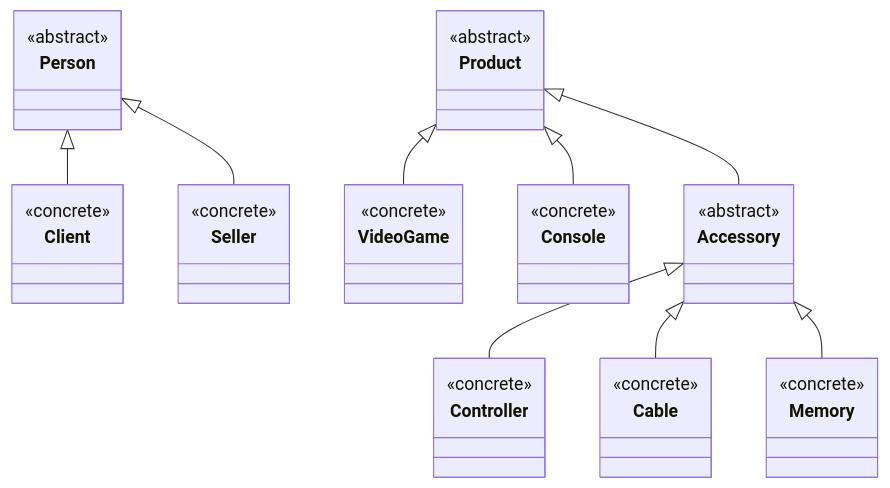
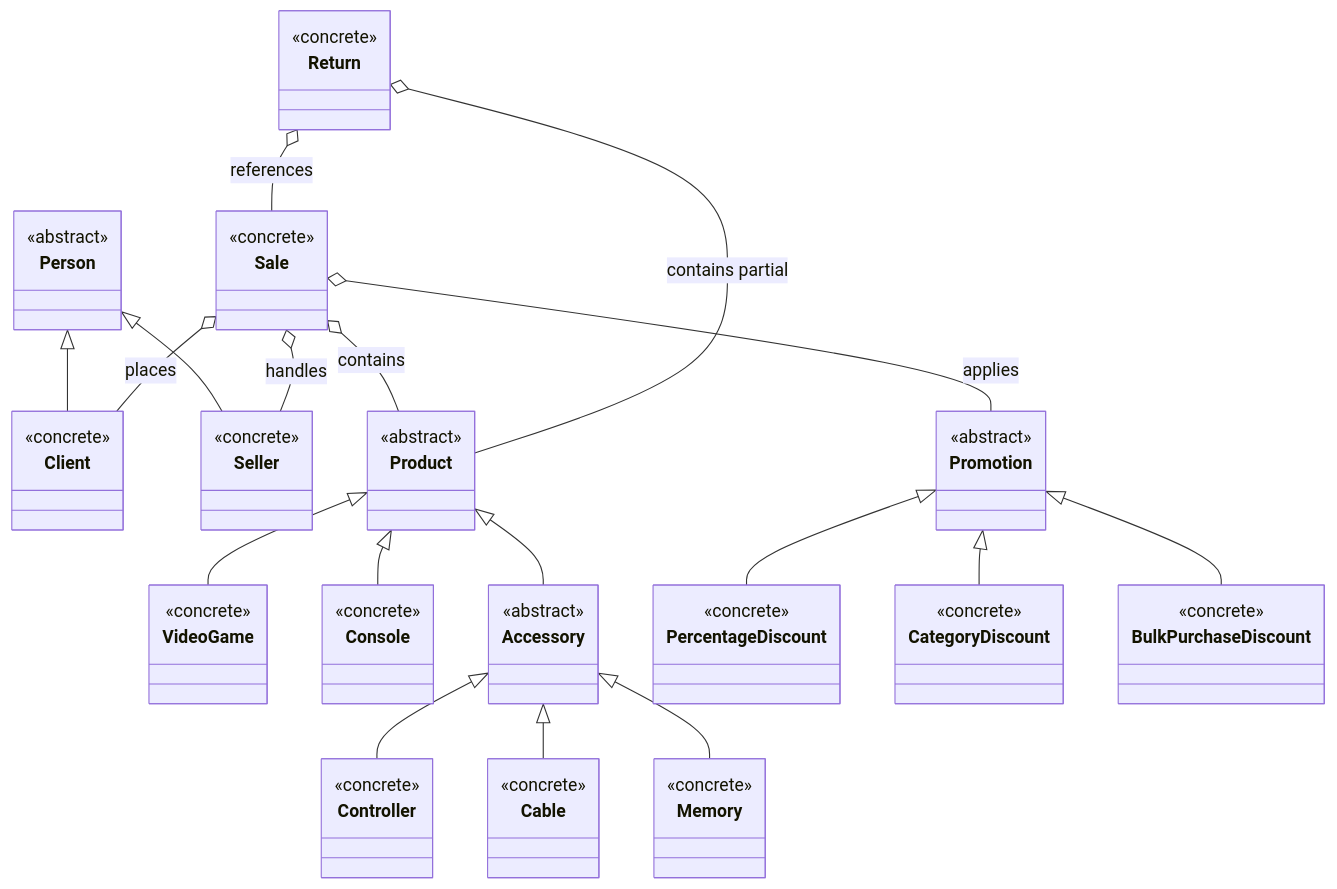
Before and after one commit to miltonmaldonado333/GameZoneUnicesar: the diagram in docs/hierarchy-diagram.md, drawn with Mermaid. The commit also changed 1 other file, not shown here.

Commit message:
chore: creating anlysis-module.md and updating herrarchy diagram

````diff
--- a/docs/hierarchy-diagram.md
+++ b/docs/hierarchy-diagram.md
@@ -1,123 +1,107 @@
 ```mermaid
 
 classDiagram
-
-direction TB
-
-
+    direction TB
 
     %% ==========================================
-
     %% 1. PERSON HIERARCHY
+    %% ==========================================
+    class Person {
+        <<abstract>>
+    }
+    class Client {
+        <<concrete>>
+    }
+    class Seller {
+        <<concrete>>
+    }
 
     %% ==========================================
-
-    class Person {
-
+    %% 2. PRODUCT & ACCESSORY HIERARCHY (Req 1)
+    %% ==========================================
+    class Product {
         <<abstract>>
-
+    }
+    class VideoGame {
+        <<concrete>>
+    }
+    class Console {
+        <<concrete>>
     }
 
-    class Client {
-
+    class Accessory {
+        <<abstract>>
+    }
+    class Controller {
         <<concrete>>
-
+    }
+    class Cable {
+        <<concrete>>
+    }
+    class Memory {
+        <<concrete>>
     }
 
-    class Seller {
-
+    %% ==========================================
+    %% 3. PROMOTION HIERARCHY (Req 2)
+    %% ==========================================
+    class Promotion {
+        <<abstract>>
+    }
+    class PercentageDiscount {
         <<concrete>>
-
+    }
+    class CategoryDiscount {
+        <<concrete>>
+    }
+    class BulkPurchaseDiscount {
+        <<concrete>>
     }
 
-
+    %% ==========================================
+    %% 4. TRANSACTION & RETURN MODULE (Req 3)
+    %% ==========================================
+    class Sale {
+        <<concrete>>
+    }
+    class Return {
+        <<concrete>>
+    }
 
     %% ==========================================
+    %% INHERITANCE RELATIONSHIPS
+    %% ==========================================
 
-    %% 2. PRODUCT & ACCESSORY HIERARCHY
+    %% Person Branch
+    Person <|-- Client
+    Person <|-- Seller
+
+    %% Product Base Branch
+    Product <|-- VideoGame
+    Product <|-- Console
+    Product <|-- Accessory
+
+    %% Accessory Sub-Branch
+    Accessory <|-- Controller
+    Accessory <|-- Cable
+    Accessory <|-- Memory
+
+    %% Promotion Branch
+    Promotion <|-- PercentageDiscount
+    Promotion <|-- CategoryDiscount
+    Promotion <|-- BulkPurchaseDiscount
 
     %% ==========================================
-
-    class Product {
-
-        <<abstract>>
-
-    }
-
-    class VideoGame {
-
-        <<concrete>>
-
-    }
-
-    class Console {
-
-        <<concrete>>
-
-    }
-
-
-
-    %% New Accessory Module (Requirement 1)
-
-    class Accessory {
-
-        <<abstract>>
-
-    }
-
-    class Controller {
-
-        <<concrete>>
-
-    }
-
-    class Cable {
-
-        <<concrete>>
-
-    }
-
-    class Memory {
-
-        <<concrete>>
-
-    }
-
-
-
+    %% ASSOCIATION & AGGREGATION RELATIONSHIPS
     %% ==========================================
 
-    %% INHERITANCE RELATIONSHIPS
+    %% Sale Connections
+    Sale o-- Client : places
+    Sale o-- Seller : handles
+    Sale o-- Product : contains
+    Sale o-- Promotion : applies
 
-    %% ==========================================
-
-
-
-    %% Person Branch
-
-    Person <|-- Client
-
-    Person <|-- Seller
-
-
-
-    %% Product Base Branch
-
-    Product <|-- VideoGame
-
-    Product <|-- Console
-
-    Product <|-- Accessory
-
-
-
-    %% Accessory Sub-Branch
-
-    Accessory <|-- Controller
-
-    Accessory <|-- Cable
-
-    Accessory <|-- Memory
-
+    %% Return Connections
+    Return o-- Sale : references
+    Return o-- Product : contains partial
 ```
````
